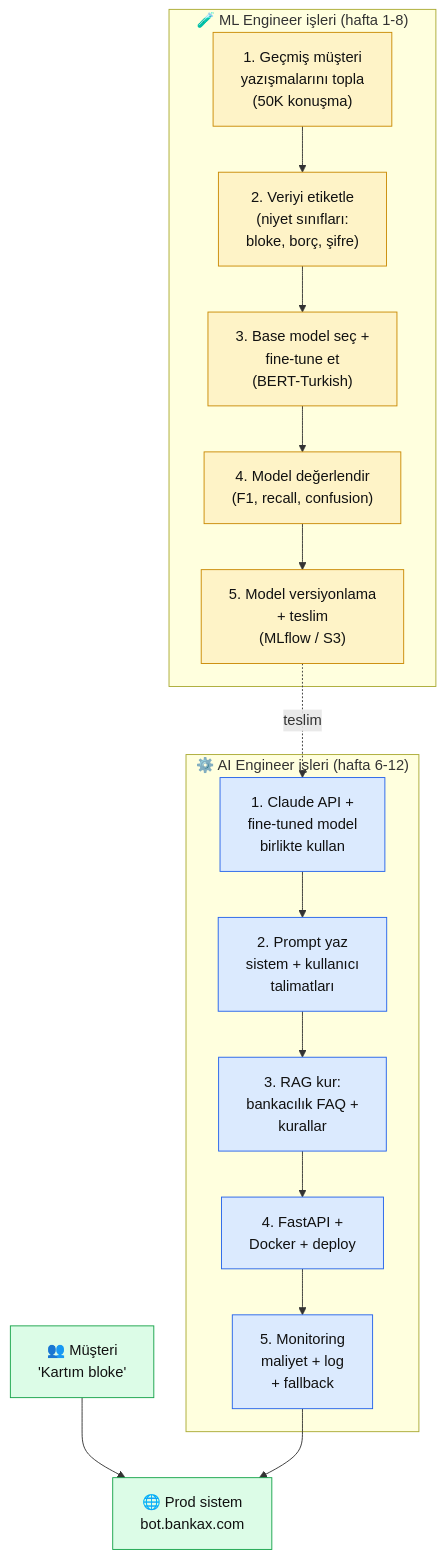
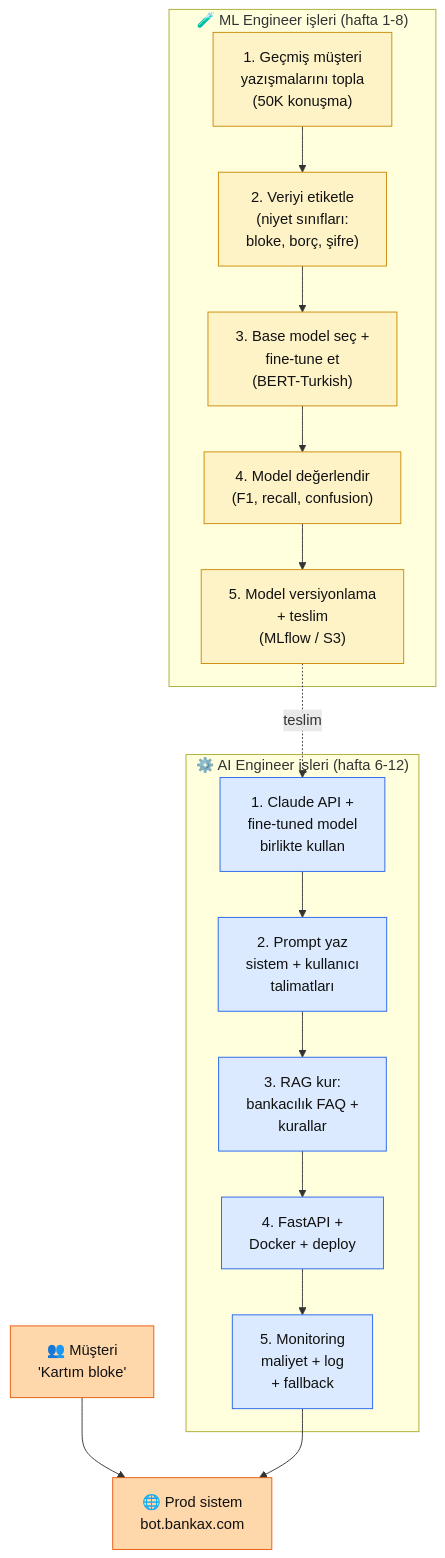
One commit to KemalG-u/muhendisal-platform changed the diagram in docs/bolum-1/02-ai-vs-ml-engineer.md. Above: the diagram before and after it, drawn with Mermaid. The commit also changed other lines of this file and 4 other files, not shown here.

````diff
--- a/docs/bolum-1/02-ai-vs-ml-engineer.md
+++ b/docs/bolum-1/02-ai-vs-ml-engineer.md
@@ -38,34 +39,54 @@
 ```mermaid
 flowchart TB
     subgraph ML["🧪 ML Engineer işleri (hafta 1-8)"]
-        ML1["1. Geçmiş müşteri<br/>yazışmalarını topla<br/>(50K konuşma)"]
-        ML2["2. Veriyi etiketle<br/>(niyet sınıfları:<br/>bloke, borç, şifre)"]
-        ML3["3. Base model seç +<br/>fine-tune et<br/>(BERT-Turkish)"]
-        ML4["4. Model değerlendir<br/>(F1, recall, confusion)"]
-        ML5["5. Model versiyonlama<br/>+ teslim<br/>(MLflow / S3)"]
+        ML1["1. Geçmiş müşteri
+yazışmalarını topla
+(50K konuşma)"]
+        ML2["2. Veriyi etiketle
+(niyet sınıfları:
+bloke, borç, şifre)"]
+        ML3["3. Base model seç +
+fine-tune et
+(BERT-Turkish)"]
+        ML4["4. Model değerlendir
+(F1, recall, confusion)"]
+        ML5["5. Model versiyonlama
++ teslim
+(MLflow / S3)"]
     end
 
     subgraph AI["⚙️ AI Engineer işleri (hafta 6-12)"]
-        AI1["1. Claude API +<br/>fine-tuned model<br/>birlikte kullan"]
-        AI2["2. Prompt yaz<br/>sistem + kullanıcı<br/>talimatları"]
-        AI3["3. RAG kur:<br/>bankacılık FAQ +<br/>kurallar"]
-        AI4["4. FastAPI +<br/>Docker + deploy"]
-        AI5["5. Monitoring<br/>maliyet + log<br/>+ fallback"]
+        AI1["1. Claude API +
+fine-tuned model
+birlikte kullan"]
+        AI2["2. Prompt yaz
+sistem + kullanıcı
+talimatları"]
+        AI3["3. RAG kur:
+bankacılık FAQ +
+kurallar"]
+        AI4["4. FastAPI +
+Docker + deploy"]
+        AI5["5. Monitoring
+maliyet + log
++ fallback"]
     end
 
-    USER["👥 Müşteri<br/>'Kartım bloke'"]
-    PROD["🌐 Prod sistem<br/>bot.bankax.com"]
+    USER["👥 Müşteri
+'Kartım bloke'"]
+    PROD["🌐 Prod sistem
+bot.bankax.com"]
 
     ML1 --> ML2 --> ML3 --> ML4 --> ML5
     ML5 -.teslim.-> AI1
     AI1 --> AI2 --> AI3 --> AI4 --> AI5
     USER --> PROD
     AI5 --> PROD
 
     classDef ml fill:#fef3c7,stroke:#ca8a04,color:#111
     classDef ai fill:#dbeafe,stroke:#2563eb,color:#111
-    classDef usr fill:#dcfce7,stroke:#16a34a,color:#111
+    classDef usr fill:#fed7aa,stroke:#ea580c,color:#111
     class ML1,ML2,ML3,ML4,ML5 ml
     class AI1,AI2,AI3,AI4,AI5 ai
     class USER,PROD usr
 ```
````
